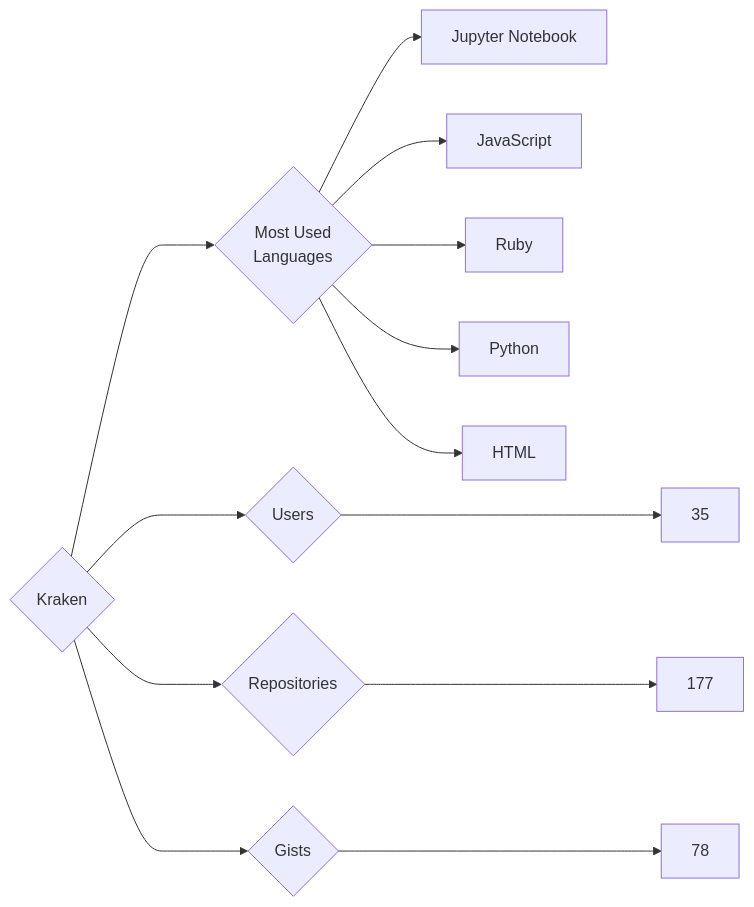
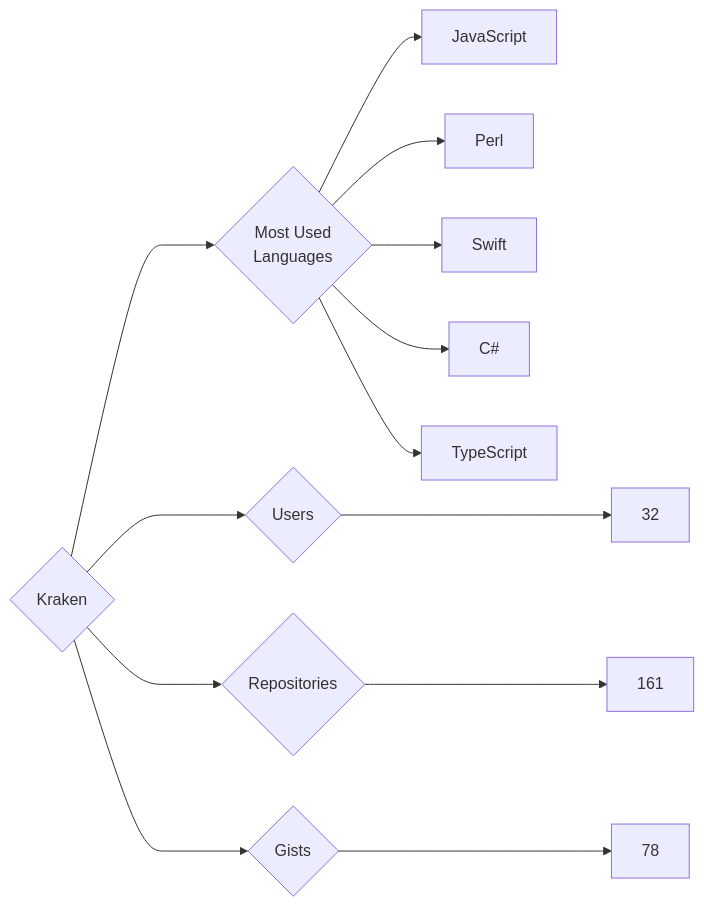
Before and after one commit to trickest/insiders: the diagram in targets/Kraken/README.md, drawn with Mermaid. The commit also changed 682 other files, not shown here.

````diff
--- a/targets/Kraken/README.md
+++ b/targets/Kraken/README.md
@@ -3,13 +3,13 @@
 ```mermaid
 graph LR
 COMPANY_NAME{Kraken}
-COMPANY_NAME ---> U{Users} ---> UN[35]
-COMPANY_NAME ---> R{Repositories} ---> RN[177]
+COMPANY_NAME ---> U{Users} ---> UN[32]
+COMPANY_NAME ---> R{Repositories} ---> RN[161]
 COMPANY_NAME ---> G{Gists} ---> GN[78]
 COMPANY_NAME ---> ML{Most Used<br>Languages}
-ML --> Jupyter_Notebook[Jupyter Notebook]
 ML --> JavaScript[JavaScript]
-ML --> Ruby[Ruby]
-ML --> Python[Python]
-ML --> HTML[HTML]
+ML --> Perl[Perl]
+ML --> Swift[Swift]
+ML --> C#[C#]
+ML --> TypeScript[TypeScript]
 ```
````
